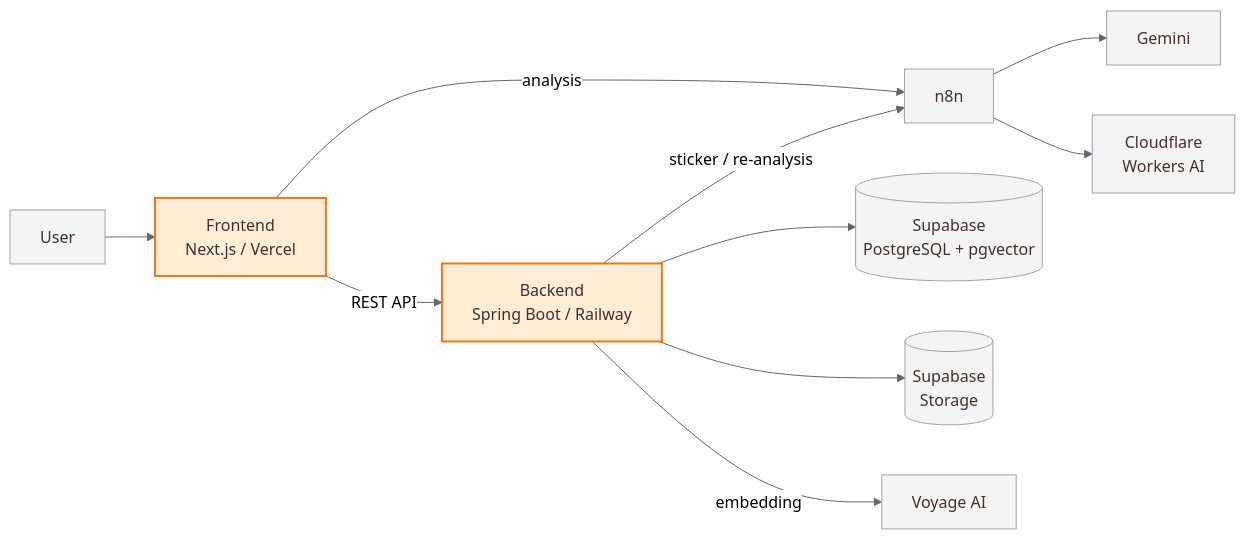
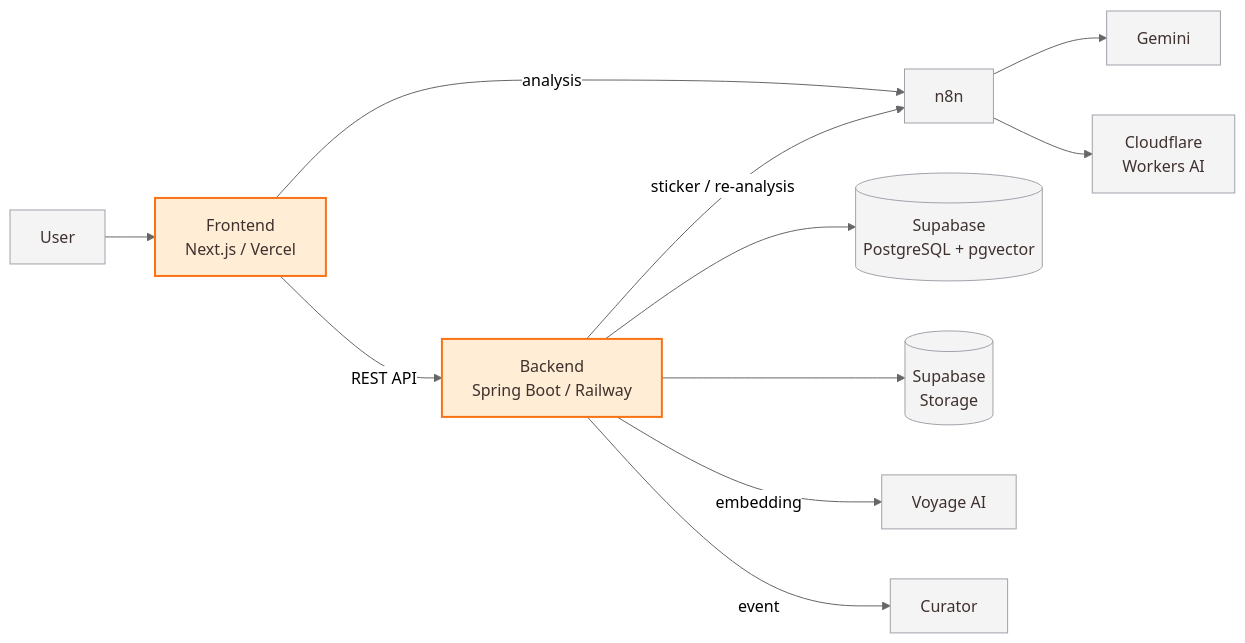
The first of 3 diagrams in README.md (idlms9/tada-frontend), drawn with Mermaid (neutral theme) before and after one commit. The commit also changed other lines of this file, not shown here.

````diff
--- a/README.md
+++ b/README.md
@@ -69,17 +69,18 @@
 ```mermaid
 flowchart LR
   U["User"] --> FE["Frontend<br/>Next.js / Vercel"]
   FE -->|"REST API"| BE["Backend<br/>Spring Boot / Railway"]
   FE -->|"analysis"| N8N["n8n"]
   BE -->|"sticker / re-analysis"| N8N
   BE --> DB[("Supabase<br/>PostgreSQL + pgvector")]
   BE --> ST[("Supabase<br/>Storage")]
   BE -->|"embedding"| V["Voyage AI"]
+  BE -->|"event"| CU["Curator"]
   N8N --> G["Gemini"]
   N8N --> C["Cloudflare<br/>Workers AI"]
 
   classDef mine fill:#FFEDD5,stroke:#F97316,stroke-width:2px,color:#3F312E;
   classDef team fill:#F4F4F5,stroke:#A1A1AA,color:#3F312E;
   class FE,BE mine;
-  class U,N8N,DB,ST,V,G,C team;
+  class U,N8N,DB,ST,V,G,C,CU team;
 ```
````
